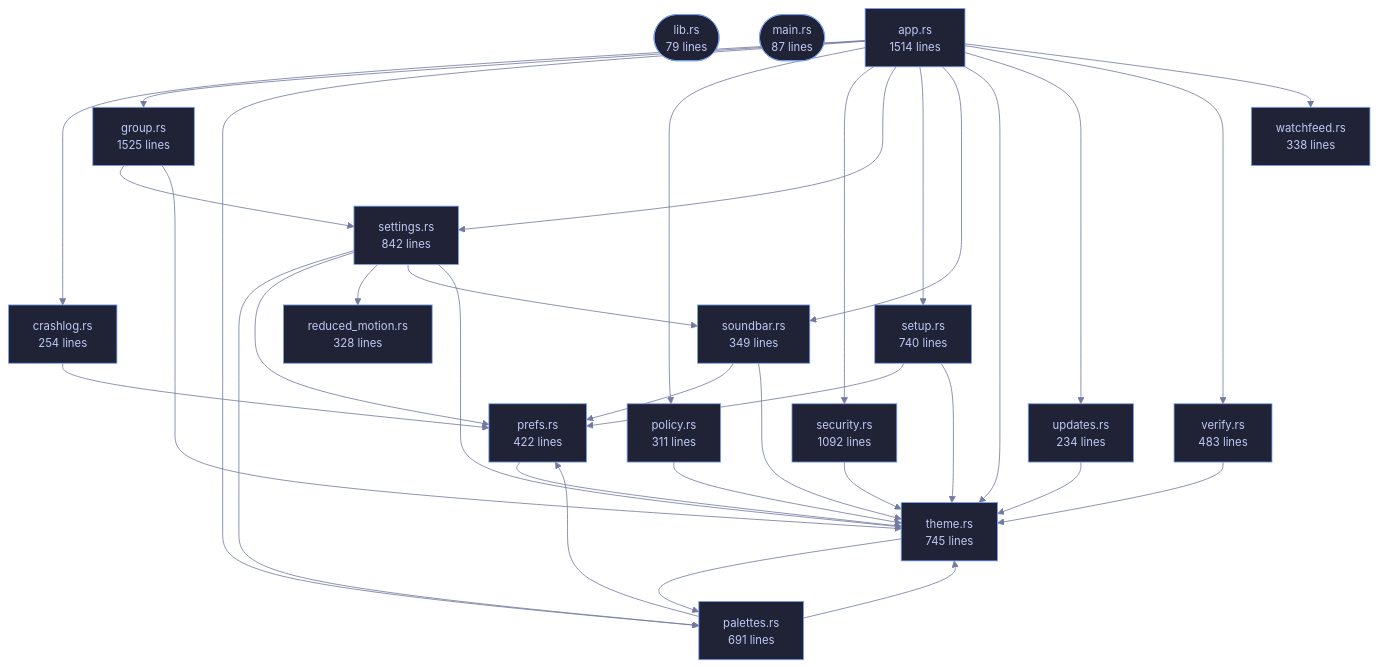
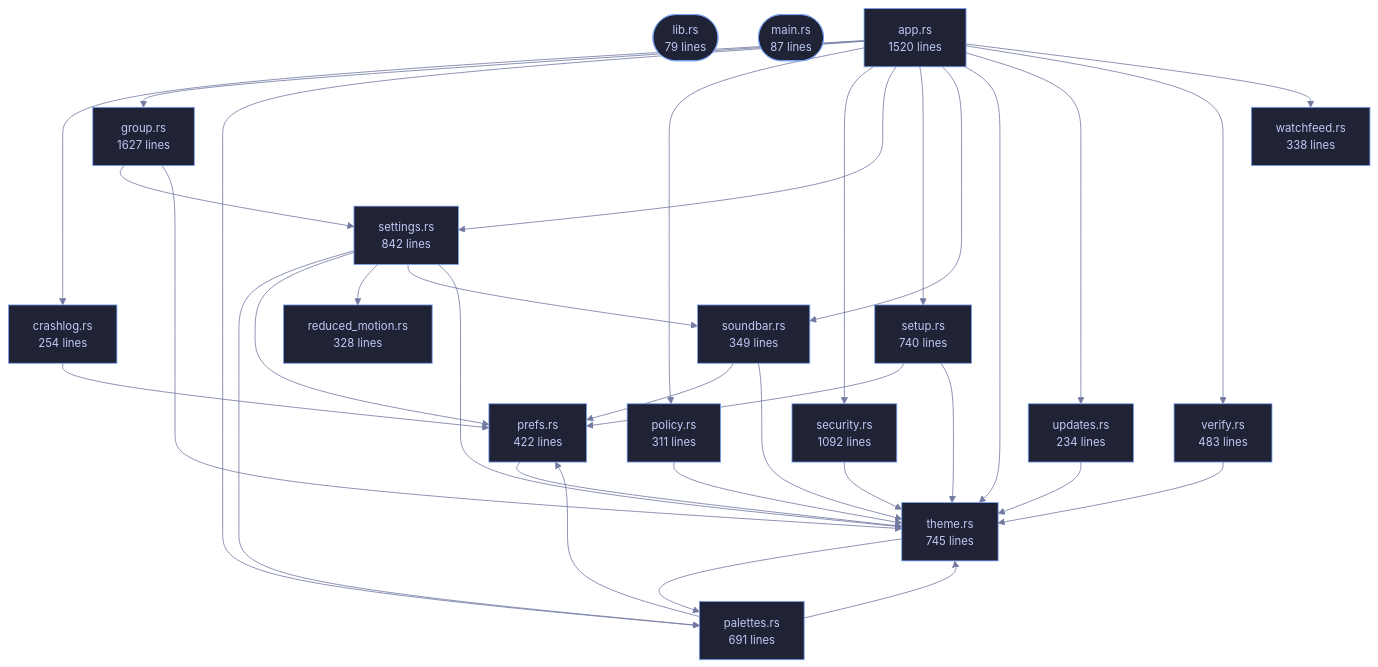
Before and after one commit to tilas01/veilvoice: the diagram in wiki/Crate-veilvoice-gui.md, drawn with Mermaid. The commit also changed other lines of this file and 27 other files, not shown here.

````diff
--- a/wiki/Crate-veilvoice-gui.md
+++ b/wiki/Crate-veilvoice-gui.md
@@ -81,70 +81,70 @@
 ```mermaid
 %%{init: {"theme":"base","themeVariables":{"background":"#1a1b26","primaryColor":"#1f2335","primaryTextColor":"#c0caf5","primaryBorderColor":"#7aa2f7","secondaryColor":"#16161e","tertiaryColor":"#16161e","lineColor":"#737aa2","textColor":"#c0caf5","mainBkg":"#1f2335","nodeBorder":"#7aa2f7","clusterBkg":"#16161e","clusterBorder":"#2f3549","fontFamily":"ui-monospace, SFMono-Regular, Consolas, monospace","fontSize":"14px"}}}%%
 flowchart TD
     n_lib(["lib.rs<br/>79 lines"])
     n_main(["main.rs<br/>87 lines"])
-    n_app["app.rs<br/>1514 lines"]
+    n_app["app.rs<br/>1520 lines"]
     n_crashlog["crashlog.rs<br/>254 lines"]
-    n_group["group.rs<br/>1525 lines"]
+    n_group["group.rs<br/>1627 lines"]
     n_palettes["palettes.rs<br/>691 lines"]
     n_policy["policy.rs<br/>311 lines"]
     n_prefs["prefs.rs<br/>422 lines"]
     n_reduced_motion["reduced_motion.rs<br/>328 lines"]
     n_security["security.rs<br/>1092 lines"]
     n_settings["settings.rs<br/>842 lines"]
     n_setup["setup.rs<br/>740 lines"]
     n_soundbar["soundbar.rs<br/>349 lines"]
     n_theme["theme.rs<br/>745 lines"]
     n_updates["updates.rs<br/>234 lines"]
     n_verify["verify.rs<br/>483 lines"]
     n_watchfeed["watchfeed.rs<br/>338 lines"]
     n_app --> n_crashlog
     n_app --> n_group
     n_app --> n_palettes
     n_app --> n_policy
     n_app --> n_security
     n_app --> n_settings
     n_app --> n_setup
     n_app --> n_soundbar
     n_app --> n_theme
     n_app --> n_updates
     n_app --> n_verify
     n_app --> n_watchfeed
     n_crashlog --> n_prefs
     n_group --> n_settings
     n_group --> n_theme
     n_palettes --> n_prefs
     n_palettes --> n_theme
     n_policy --> n_theme
     n_prefs --> n_theme
     n_security --> n_theme
     n_settings --> n_palettes
     n_settings --> n_prefs
     n_settings --> n_reduced_motion
     n_settings --> n_soundbar
     n_settings --> n_theme
     n_setup --> n_prefs
     n_setup --> n_theme
     n_soundbar --> n_prefs
     n_soundbar --> n_theme
     n_theme --> n_palettes
     n_updates --> n_theme
     n_verify --> n_theme
     click n_lib href "https://github.com/tilas01/veilvoice/blob/main/crates/veilvoice-gui/src/lib.rs" "open the source"
     click n_main href "https://github.com/tilas01/veilvoice/blob/main/crates/veilvoice-gui/src/main.rs" "open the source"
     click n_app href "https://github.com/tilas01/veilvoice/blob/main/crates/veilvoice-gui/src/app.rs" "open the source"
     click n_crashlog href "https://github.com/tilas01/veilvoice/blob/main/crates/veilvoice-gui/src/crashlog.rs" "open the source"
     click n_group href "https://github.com/tilas01/veilvoice/blob/main/crates/veilvoice-gui/src/group.rs" "open the source"
     click n_palettes href "https://github.com/tilas01/veilvoice/blob/main/crates/veilvoice-gui/src/palettes.rs" "open the source"
     click n_policy href "https://github.com/tilas01/veilvoice/blob/main/crates/veilvoice-gui/src/policy.rs" "open the source"
     click n_prefs href "https://github.com/tilas01/veilvoice/blob/main/crates/veilvoice-gui/src/prefs.rs" "open the source"
     click n_reduced_motion href "https://github.com/tilas01/veilvoice/blob/main/crates/veilvoice-gui/src/reduced_motion.rs" "open the source"
     click n_security href "https://github.com/tilas01/veilvoice/blob/main/crates/veilvoice-gui/src/security.rs" "open the source"
     click n_settings href "https://github.com/tilas01/veilvoice/blob/main/crates/veilvoice-gui/src/settings.rs" "open the source"
     click n_setup href "https://github.com/tilas01/veilvoice/blob/main/crates/veilvoice-gui/src/setup.rs" "open the source"
     click n_soundbar href "https://github.com/tilas01/veilvoice/blob/main/crates/veilvoice-gui/src/soundbar.rs" "open the source"
     click n_theme href "https://github.com/tilas01/veilvoice/blob/main/crates/veilvoice-gui/src/theme.rs" "open the source"
     click n_updates href "https://github.com/tilas01/veilvoice/blob/main/crates/veilvoice-gui/src/updates.rs" "open the source"
     click n_verify href "https://github.com/tilas01/veilvoice/blob/main/crates/veilvoice-gui/src/verify.rs" "open the source"
     click n_watchfeed href "https://github.com/tilas01/veilvoice/blob/main/crates/veilvoice-gui/src/watchfeed.rs" "open the source"
 ```
````
